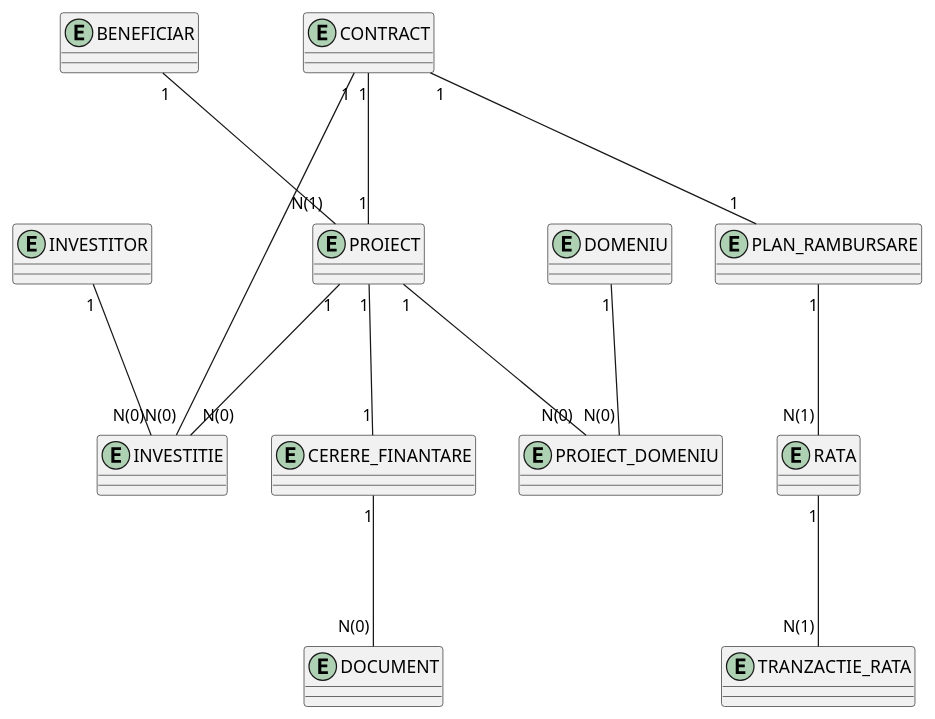
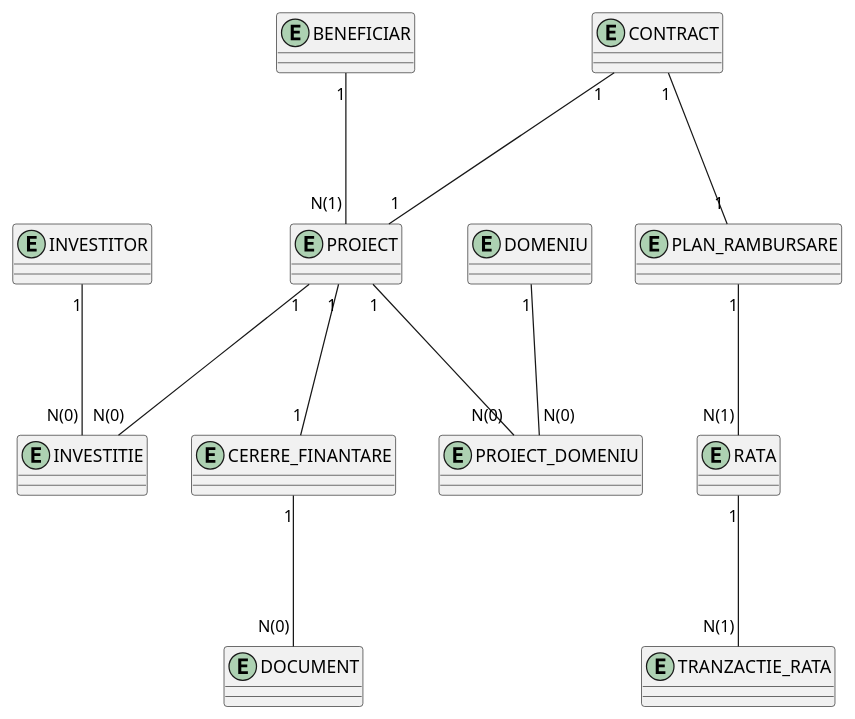
One commit to Andreea2505/Platfforma-Microfinantare changed the diagram in erd.puml. Above: the diagram before and after it, drawn with PlantUML.

Commit message:
Refactor UML diagram syntax in erd.puml

```diff
--- a/erd.puml
+++ b/erd.puml
@@ -1,32 +1,31 @@
 @startuml microfinantare
 entity BENEFICIAR
 entity INVESTITOR
 entity PROIECT
 entity CERERE_FINANTARE
 entity CONTRACT
 entity INVESTITIE
 entity PLAN_RAMBURSARE
 entity RATA
 entity DOMENIU
 entity PROIECT_DOMENIU
 entity TRANZACTIE_RATA
 entity DOCUMENT 
 
 BENEFICIAR "1" --- "N(1)" PROIECT
 PROIECT "1" --- "1" CERERE_FINANTARE
 
 INVESTITOR "1" --- "N(0)" INVESTITIE
 PROIECT "1" --- "N(0)" INVESTITIE
-CONTRACT "1" --- "N(0)" INVESTITIE
 
 CONTRACT "1" --- "1" PLAN_RAMBURSARE
 CONTRACT "1" --- "1" PROIECT
 PLAN_RAMBURSARE "1" --- "N(1)" RATA
 
 PROIECT "1" --- "N(0)" PROIECT_DOMENIU
 DOMENIU "1" --- "N(0)" PROIECT_DOMENIU
 
 RATA "1" --- "N(1)" TRANZACTIE_RATA
 CERERE_FINANTARE "1" --- "N(0)" DOCUMENT
 
 @enduml
```
